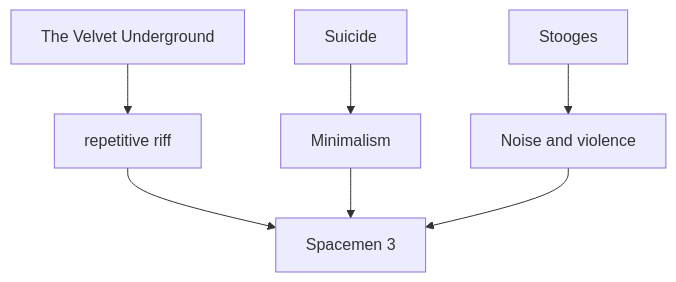
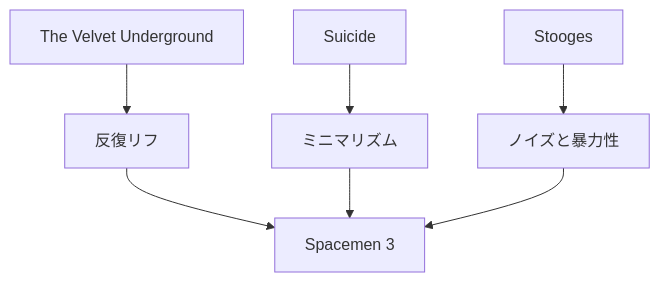
One commit to monumental-movement/monumental-movement.github.io changed the first of 8 diagrams in en/_posts/2026-05-09-column-spacemen-3.md. Above: the diagram before and after it, drawn with Mermaid. The commit also changed other lines of this file and 2196 other files, not shown here.

```diff
--- a/en/_posts/2026-05-09-column-spacemen-3.md
+++ b/en/_posts/2026-05-09-column-spacemen-3.md
@@ -155,9 +155,9 @@
 <div class="mermaid">
 graph TD
-A["The Velvet Underground"] --> D["repetitive riff"]
-B["Suicide"] --> E["Minimalism"]
-C["Stooges"] --> F["Noise and violence"]
+A["The Velvet Underground"] --> D["反復リフ"]
+B["Suicide"] --> E["ミニマリズム"]
+C["Stooges"] --> F["ノイズと暴力性"]
 D --> G["Spacemen 3"]
 E --> G
 F --> G
 </div>
```
